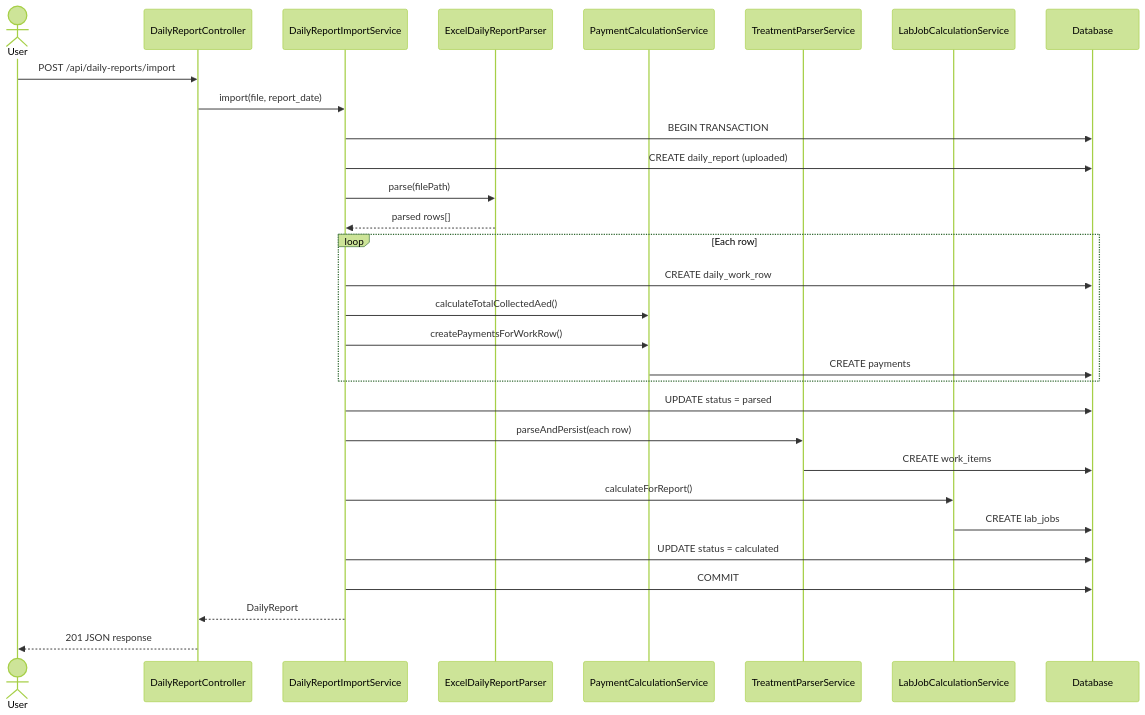
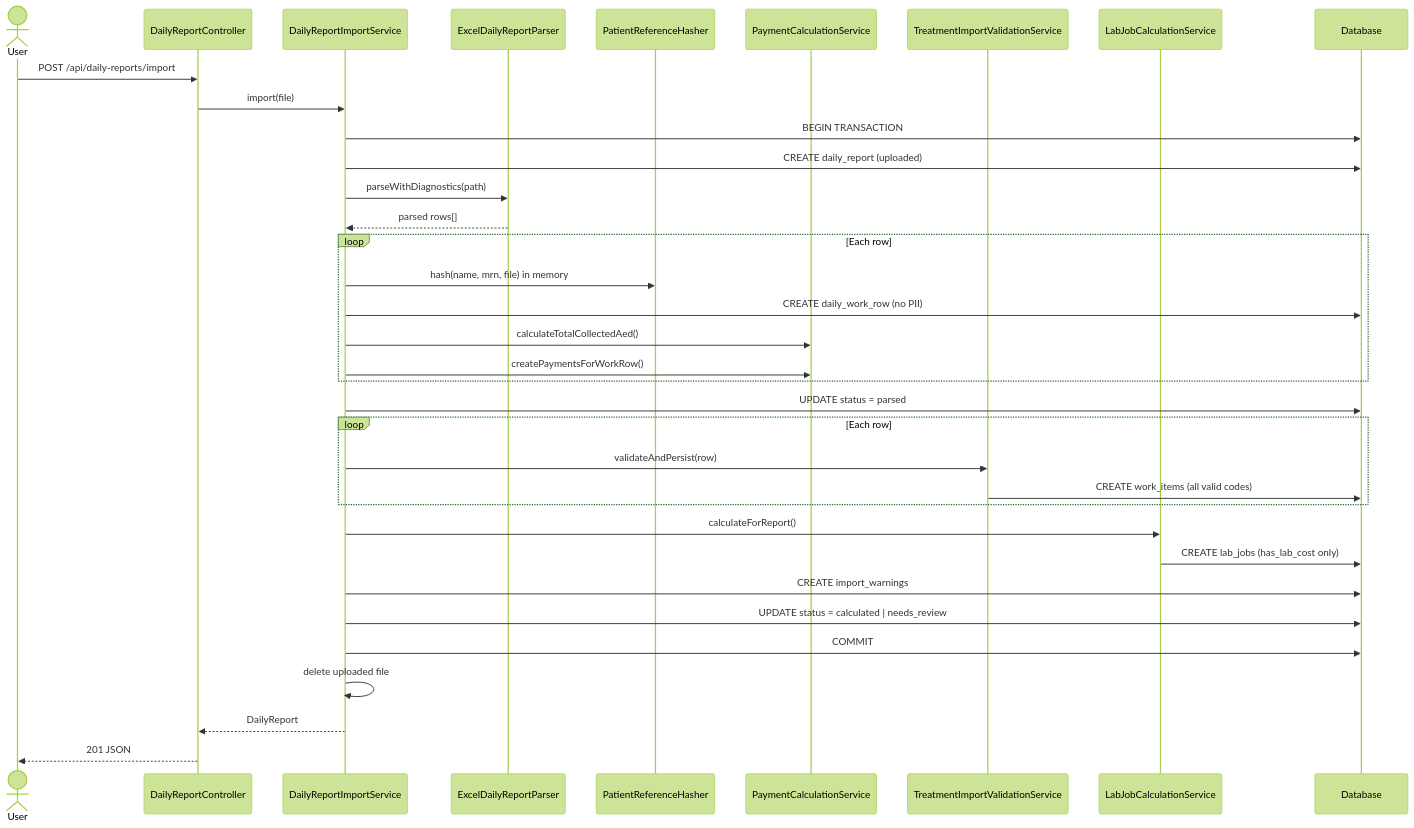
One commit to kreemdaada/clinic-111 changed the diagram in docs/WORKFLOWS.md. Above: the diagram before and after it, drawn with Mermaid (forest theme). The commit also changed other lines of this file and 33 other files, not shown here.

````diff
--- a/docs/WORKFLOWS.md
+++ b/docs/WORKFLOWS.md
@@ -51,37 +63,40 @@
 ```mermaid
 sequenceDiagram
     actor User
     participant API as DailyReportController
     participant Import as DailyReportImportService
     participant Excel as ExcelDailyReportParser
+    participant Privacy as PatientReferenceHasher
     participant Pay as PaymentCalculationService
-    participant Parse as TreatmentParserService
+    participant Valid as TreatmentImportValidationService
     participant Lab as LabJobCalculationService
     participant DB as Database
 
     User->>API: POST /api/daily-reports/import
-    API->>Import: import(file, report_date)
+    API->>Import: import(file)
     Import->>DB: BEGIN TRANSACTION
     Import->>DB: CREATE daily_report (uploaded)
-    Import->>Excel: parse(filePath)
+    Import->>Excel: parseWithDiagnostics(path)
     Excel-->>Import: parsed rows[]
 
     loop Each row
-        Import->>DB: CREATE daily_work_row
+        Import->>Privacy: hash(name, mrn, file) in memory
+        Import->>DB: CREATE daily_work_row (no PII)
         Import->>Pay: calculateTotalCollectedAed()
         Import->>Pay: createPaymentsForWorkRow()
-        Pay->>DB: CREATE payments
     end
 
     Import->>DB: UPDATE status = parsed
-    Import->>Parse: parseAndPersist(each row)
-    Parse->>DB: CREATE work_items
-
+    loop Each row
+        Import->>Valid: validateAndPersist(row)
+        Valid->>DB: CREATE work_items (all valid codes)
+    end
     Import->>Lab: calculateForReport()
-    Lab->>DB: CREATE lab_jobs
-
-    Import->>DB: UPDATE status = calculated
+    Lab->>DB: CREATE lab_jobs (has_lab_cost only)
+    Import->>DB: CREATE import_warnings
+    Import->>DB: UPDATE status = calculated | needs_review
     Import->>DB: COMMIT
+    Import->>Import: delete uploaded file
     Import-->>API: DailyReport
-    API-->>User: 201 JSON response
+    API-->>User: 201 JSON
 ```
````
